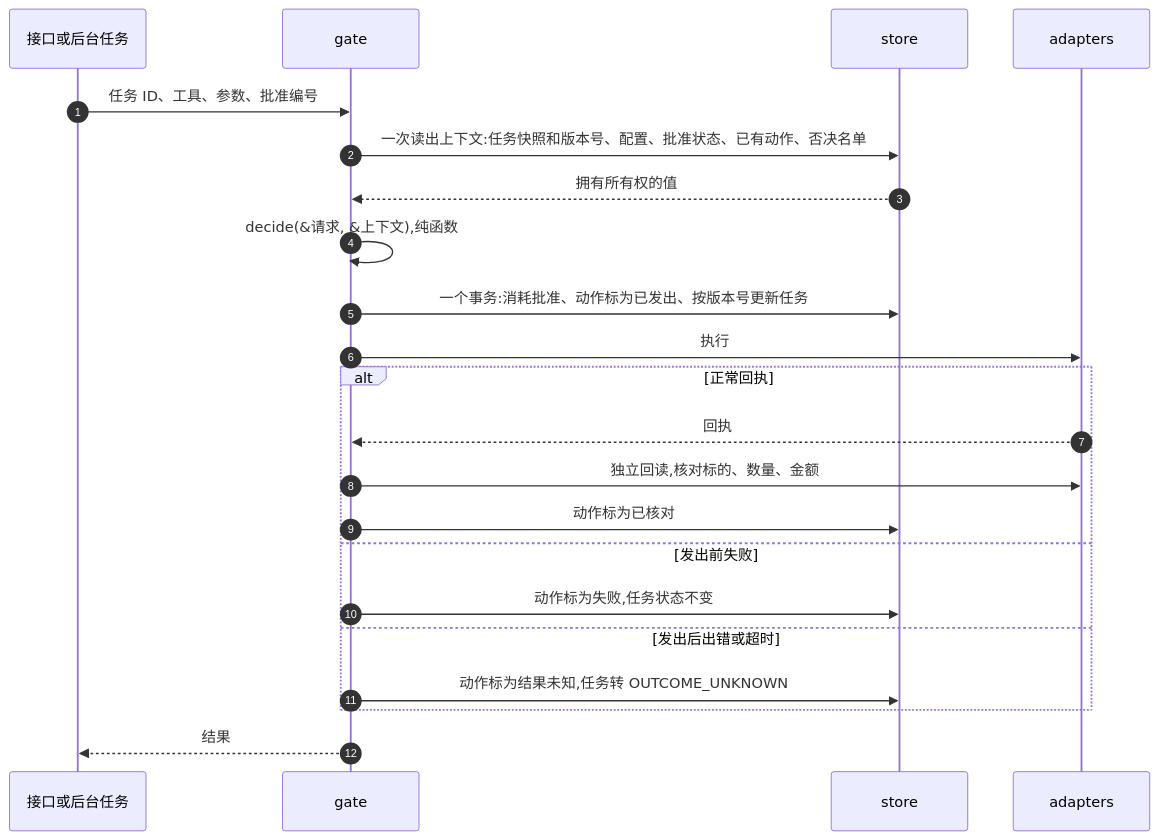
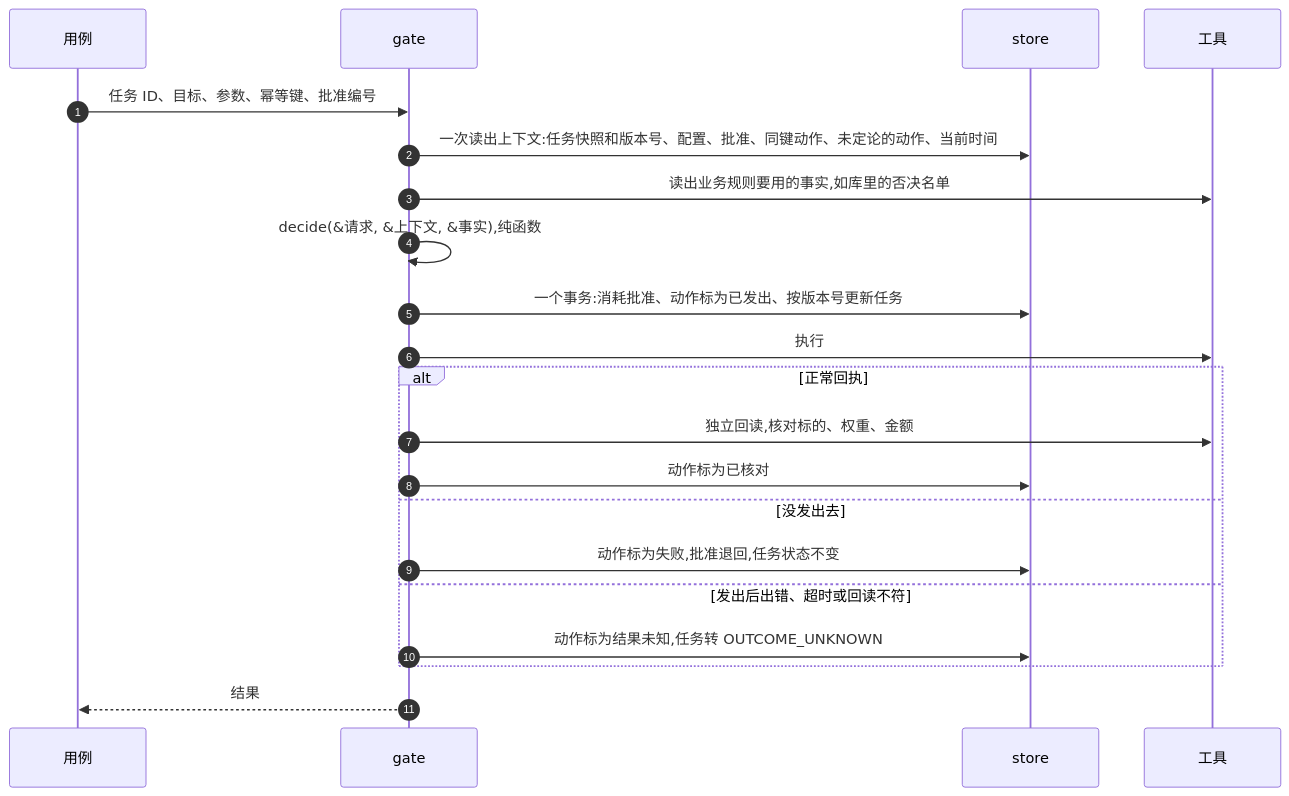
The second of 2 diagrams in docs/rust-architecture.md (Ju1se/AI-trader), drawn with Mermaid before and after one commit. The commit also changed other lines of this file and 45 other files, not shown here.

````diff
--- a/docs/rust-architecture.md
+++ b/docs/rust-architecture.md
@@ -102,24 +91,23 @@
 ```mermaid
 sequenceDiagram
   autonumber
-  participant H as 接口或后台任务
+  participant H as 用例
   participant G as gate
   participant D as store
-  participant A as adapters
-  H->>G: 任务 ID、工具、参数、批准编号
-  G->>D: 一次读出上下文:任务快照和版本号、配置、批准状态、已有动作、否决名单
-  D-->>G: 拥有所有权的值
-  G->>G: decide(&请求, &上下文),纯函数
+  participant A as 工具
+  H->>G: 任务 ID、目标、参数、幂等键、批准编号
+  G->>D: 一次读出上下文:任务快照和版本号、配置、批准、同键动作、未定论的动作、当前时间
+  G->>A: 读出业务规则要用的事实,如库里的否决名单
+  G->>G: decide(&请求, &上下文, &事实),纯函数
   G->>D: 一个事务:消耗批准、动作标为已发出、按版本号更新任务
   G->>A: 执行
   alt 正常回执
-    A-->>G: 回执
-    G->>A: 独立回读,核对标的、数量、金额
+    G->>A: 独立回读,核对标的、权重、金额
     G->>D: 动作标为已核对
-  else 发出前失败
-    G->>D: 动作标为失败,任务状态不变
-  else 发出后出错或超时
+  else 没发出去
+    G->>D: 动作标为失败,批准退回,任务状态不变
+  else 发出后出错、超时或回读不符
     G->>D: 动作标为结果未知,任务转 OUTCOME_UNKNOWN
   end
   G-->>H: 结果
 ```
````
